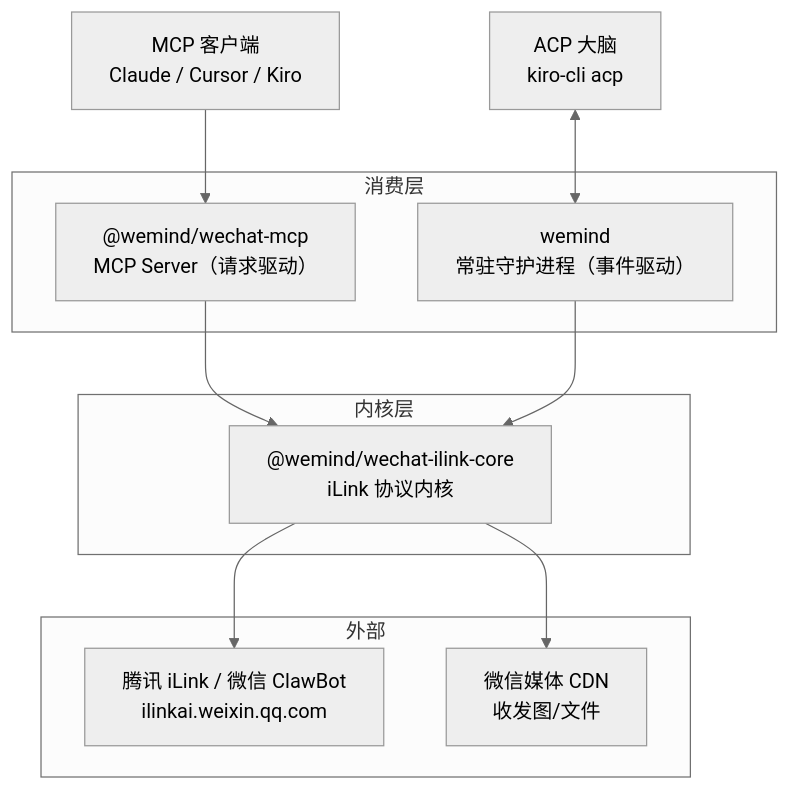
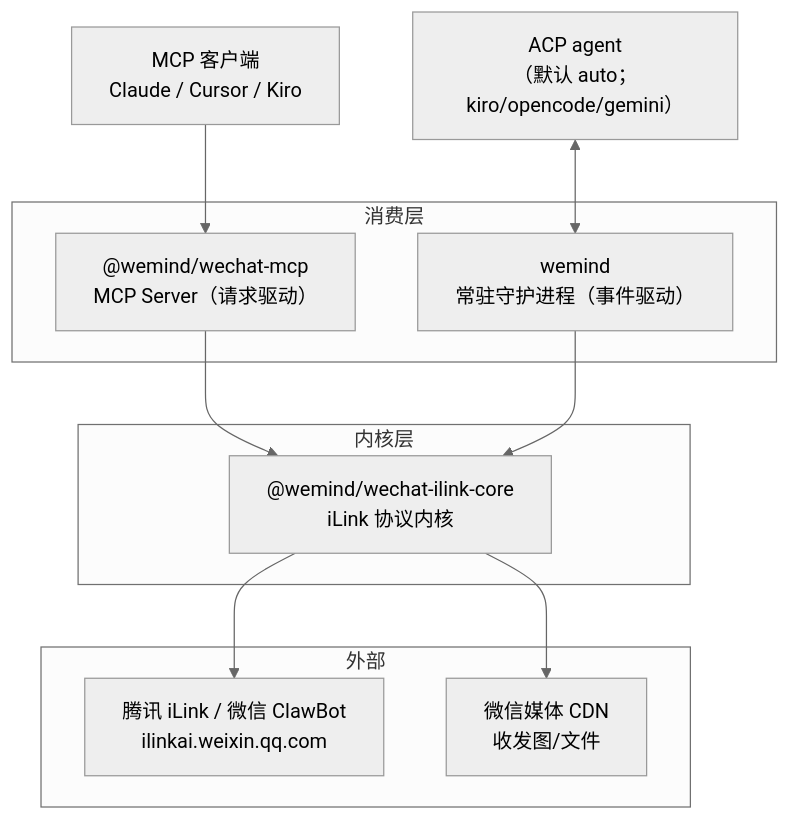
One commit to imwangpan/WeMind changed the first of 6 diagrams in docs/repowiki/02-系统架构.md. Above: the diagram before and after it, drawn with Mermaid (neutral theme). The commit also changed other lines of this file and 32 other files, not shown here.

````diff
--- a/docs/repowiki/02-系统架构.md
+++ b/docs/repowiki/02-系统架构.md
@@ -11,20 +13,20 @@
 ```mermaid
 graph TD
     subgraph 消费层
         MCP["@wemind/wechat-mcp<br/>MCP Server（请求驱动）"]
         DAEMON["wemind<br/>常驻守护进程（事件驱动）"]
     end
     subgraph 内核层
         CORE["@wemind/wechat-ilink-core<br/>iLink 协议内核"]
     end
     subgraph 外部
         ILINK["腾讯 iLink / 微信 ClawBot<br/>ilinkai.weixin.qq.com"]
         CDN["微信媒体 CDN<br/>收发图/文件"]
     end
     MCPCLIENT["MCP 客户端<br/>Claude / Cursor / Kiro"] --> MCP
-    BRAIN["ACP 大脑<br/>kiro-cli acp"] <--> DAEMON
+    BRAIN["ACP agent<br/>（默认 auto；kiro/opencode/gemini）"] <--> DAEMON
     MCP --> CORE
     DAEMON --> CORE
     CORE --> ILINK
     CORE --> CDN
 ```
````
